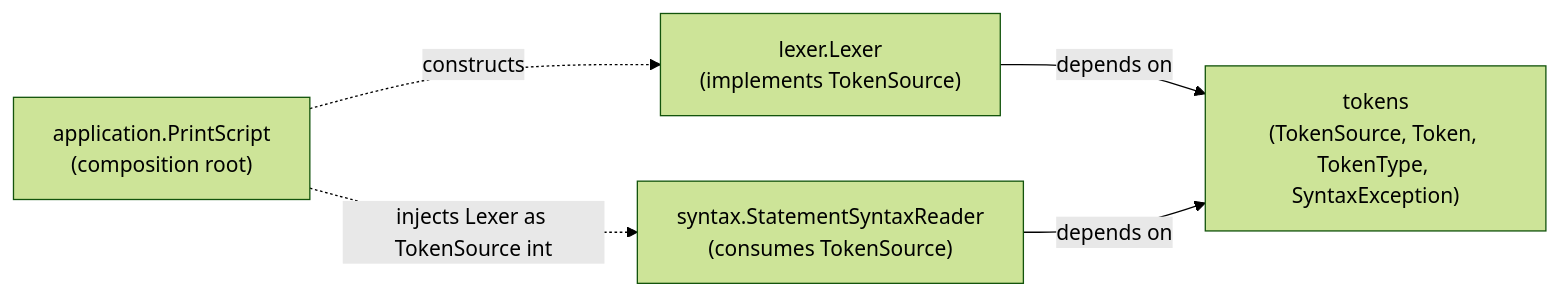
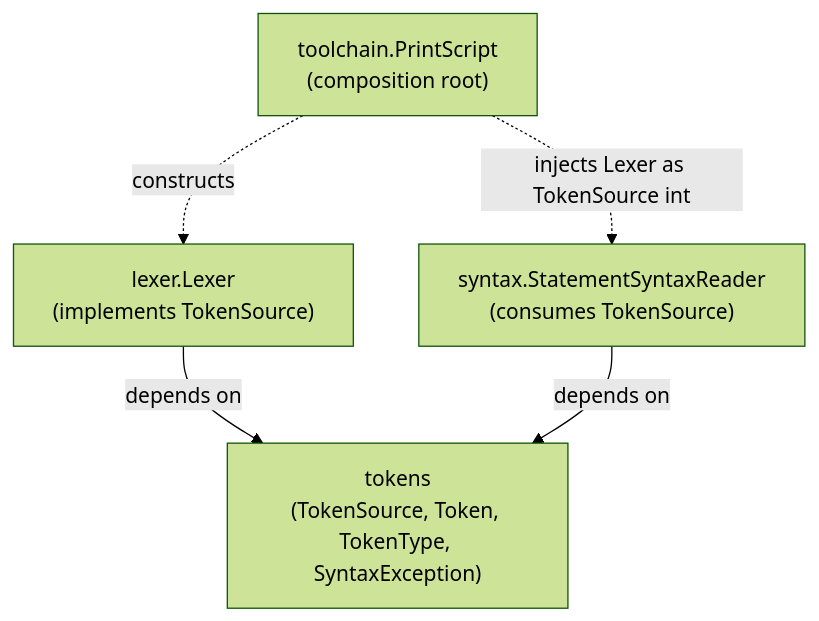
The diagram in tokens/ARCHITECTURE.md (GarroteSantiago/printscript), drawn with Mermaid (forest theme) before and after one commit. The commit also changed other lines of this file and 233 other files, not shown here.

First line of the commit message:
Split language core into focused modules, rename application to toolchain, add a REPL adapter (#1)

````diff
--- a/tokens/ARCHITECTURE.md
+++ b/tokens/ARCHITECTURE.md
@@ -32,7 +31,7 @@
 ```mermaid
-graph LR
+graph TD
     Lexer["lexer.Lexer\n(implements TokenSource)"] -->|depends on| Tokens["tokens\n(TokenSource, Token, TokenType, SyntaxException)"]
     Parser["syntax.StatementSyntaxReader\n(consumes TokenSource)"] -->|depends on| Tokens
-    Application["application.PrintScript\n(composition root)"] -.constructs.-> Lexer
-    Application -.injects Lexer as TokenSource into.-> Parser
+    Toolchain["toolchain.PrintScript\n(composition root)"] -.constructs.-> Lexer
+    Toolchain -.injects Lexer as TokenSource into.-> Parser
 ```
````
